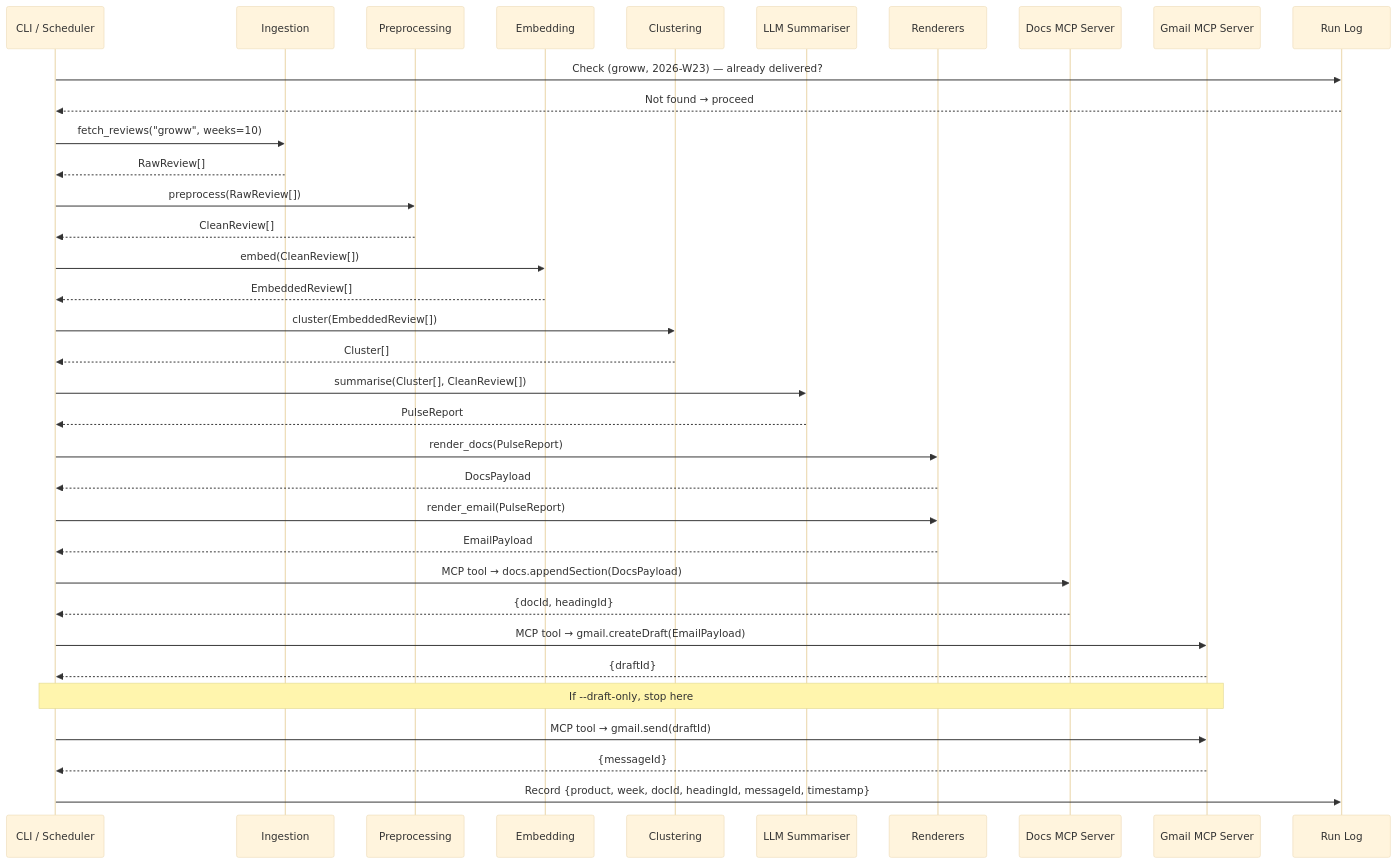
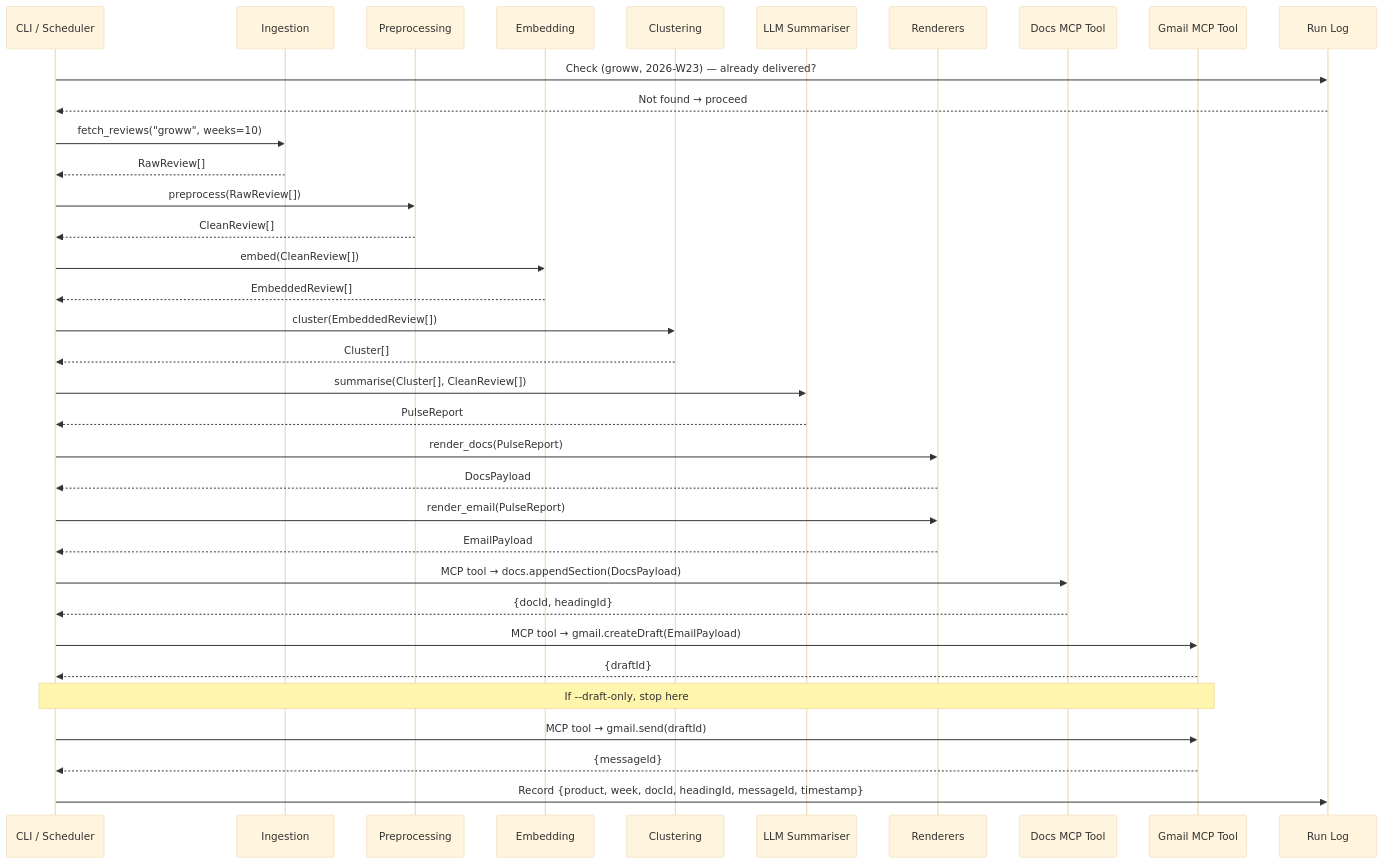
One commit to Ashishbhardwaj97/GrowwReview changed the third of 6 diagrams in docs/architecture.md. Above: the diagram before and after it, drawn with Mermaid (base theme). The commit also changed other lines of this file and 34 other files, not shown here.

````diff
--- a/docs/architecture.md
+++ b/docs/architecture.md
@@ -115,50 +112,50 @@
 ```mermaid
 sequenceDiagram
     participant CLI as CLI / Scheduler
     participant ING as Ingestion
     participant PRE as Preprocessing
     participant EMB as Embedding
     participant CLU as Clustering
     participant LLM as LLM Summariser
     participant REND as Renderers
-    participant DOCS as Docs MCP Server
-    participant GMAIL as Gmail MCP Server
+    participant DOCS as Docs MCP Tool
+    participant GMAIL as Gmail MCP Tool
     participant LOG as Run Log
 
     CLI->>LOG: Check (groww, 2026-W23) — already delivered?
     LOG-->>CLI: Not found → proceed
 
     CLI->>ING: fetch_reviews("groww", weeks=10)
     ING-->>CLI: RawReview[]
 
     CLI->>PRE: preprocess(RawReview[])
     PRE-->>CLI: CleanReview[]
 
     CLI->>EMB: embed(CleanReview[])
     EMB-->>CLI: EmbeddedReview[]
 
     CLI->>CLU: cluster(EmbeddedReview[])
     CLU-->>CLI: Cluster[]
 
     CLI->>LLM: summarise(Cluster[], CleanReview[])
     LLM-->>CLI: PulseReport
 
     CLI->>REND: render_docs(PulseReport)
     REND-->>CLI: DocsPayload
 
     CLI->>REND: render_email(PulseReport)
     REND-->>CLI: EmailPayload
 
     CLI->>DOCS: MCP tool → docs.appendSection(DocsPayload)
     DOCS-->>CLI: {docId, headingId}
 
     CLI->>GMAIL: MCP tool → gmail.createDraft(EmailPayload)
     GMAIL-->>CLI: {draftId}
 
     Note over CLI,GMAIL: If --draft-only, stop here
 
     CLI->>GMAIL: MCP tool → gmail.send(draftId)
     GMAIL-->>CLI: {messageId}
 
     CLI->>LOG: Record {product, week, docId, headingId, messageId, timestamp}
 ```
````
